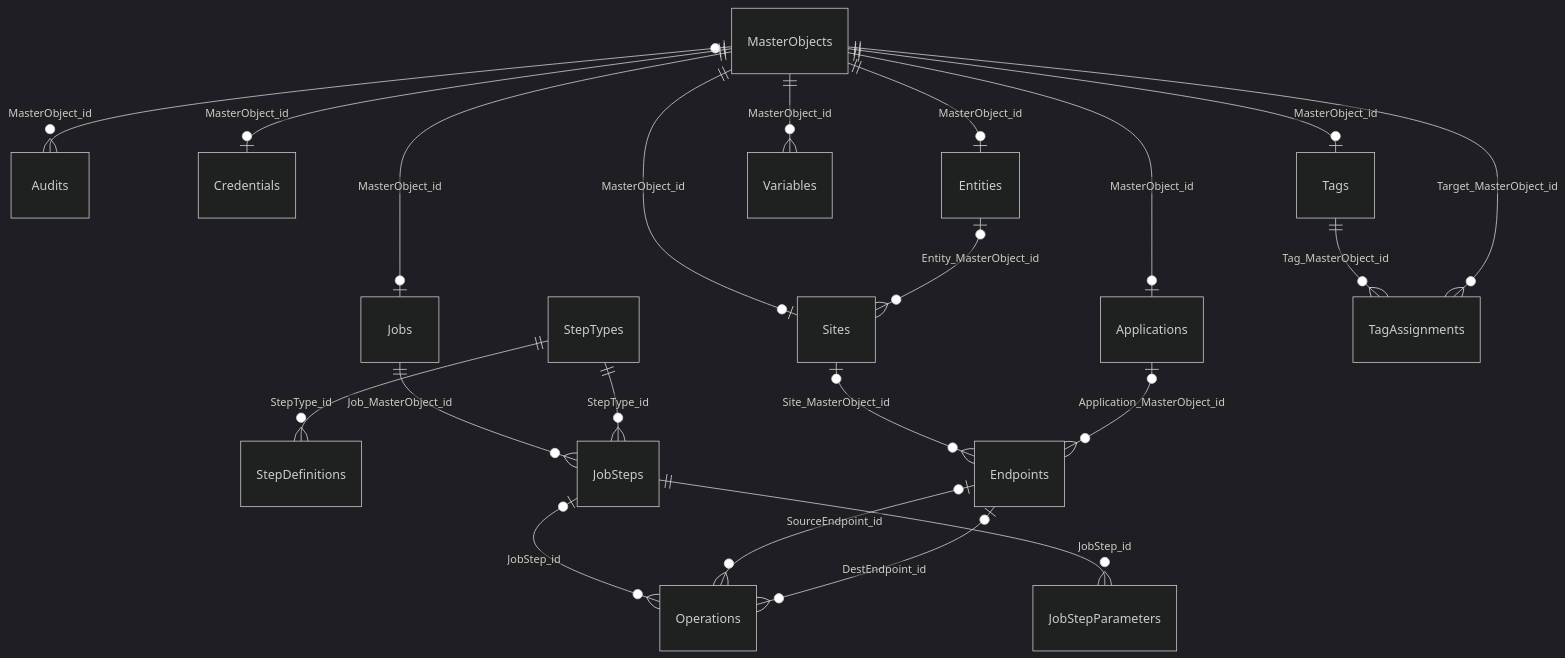
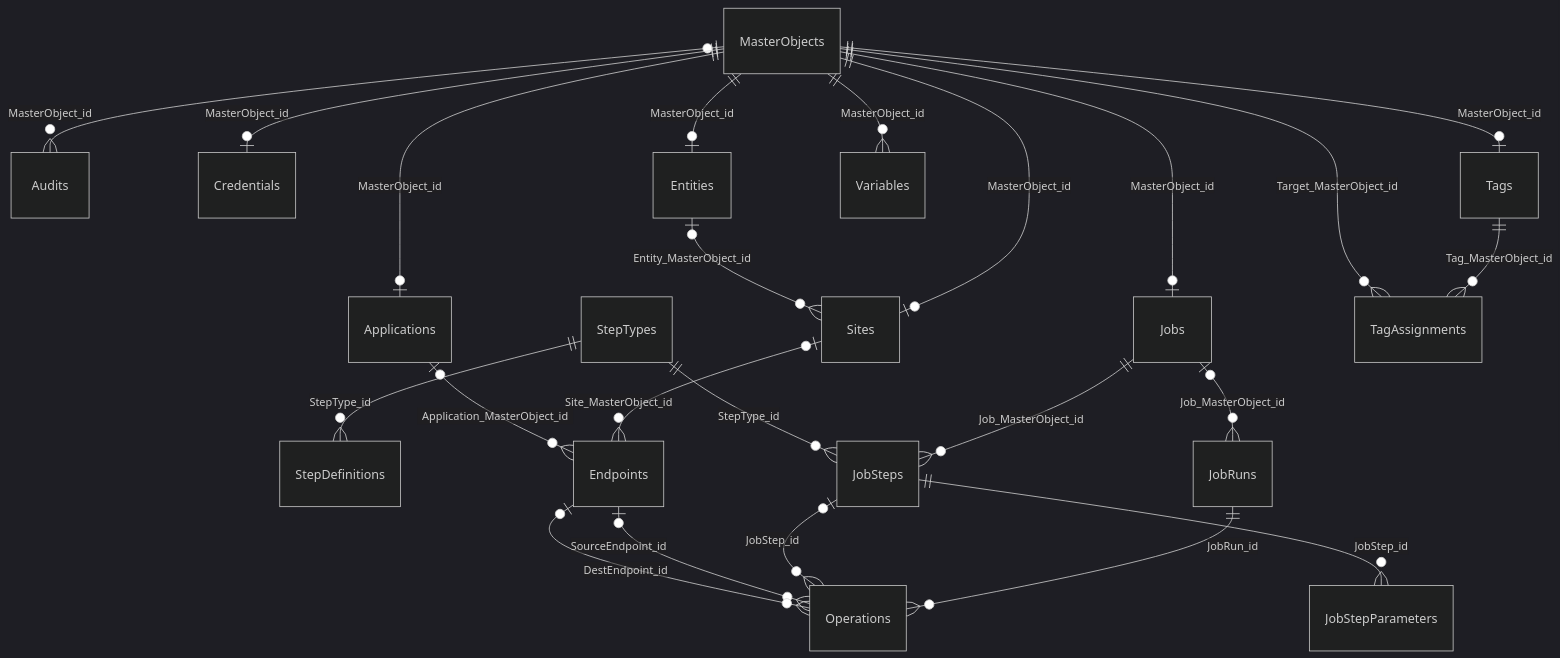
One commit to JayCBoal/AutomationApp changed the first of 4 diagrams in docs/DB_SCHEMA.md. Above: the diagram before and after it, drawn with Mermaid (dark theme). The commit also changed other lines of this file and 37 other files, not shown here.

````diff
--- a/docs/DB_SCHEMA.md
+++ b/docs/DB_SCHEMA.md
@@ -17,23 +17,25 @@
 ```mermaid
 erDiagram
     MasterObjects ||--o| Applications : "MasterObject_id"
     MasterObjects |o--o{ Audits : "MasterObject_id"
     MasterObjects ||--o| Credentials : "MasterObject_id"
     MasterObjects ||--o| Entities : "MasterObject_id"
     MasterObjects ||--o| Jobs : "MasterObject_id"
     StepTypes ||--o{ StepDefinitions : "StepType_id"
     MasterObjects ||--o| Tags : "MasterObject_id"
     MasterObjects ||--o{ Variables : "MasterObject_id"
+    Jobs |o--o{ JobRuns : "Job_MasterObject_id"
     Jobs ||--o{ JobSteps : "Job_MasterObject_id"
     StepTypes ||--o{ JobSteps : "StepType_id"
     MasterObjects ||--o| Sites : "MasterObject_id"
     Entities |o--o{ Sites : "Entity_MasterObject_id"
     Tags ||--o{ TagAssignments : "Tag_MasterObject_id"
     MasterObjects ||--o{ TagAssignments : "Target_MasterObject_id"
     Sites |o--o{ Endpoints : "Site_MasterObject_id"
     Applications |o--o{ Endpoints : "Application_MasterObject_id"
     JobSteps ||--o{ JobStepParameters : "JobStep_id"
+    JobRuns ||--o{ Operations : "JobRun_id"
     JobSteps |o--o{ Operations : "JobStep_id"
     Endpoints |o--o{ Operations : "SourceEndpoint_id"
     Endpoints |o--o{ Operations : "DestEndpoint_id"
 ```
````
